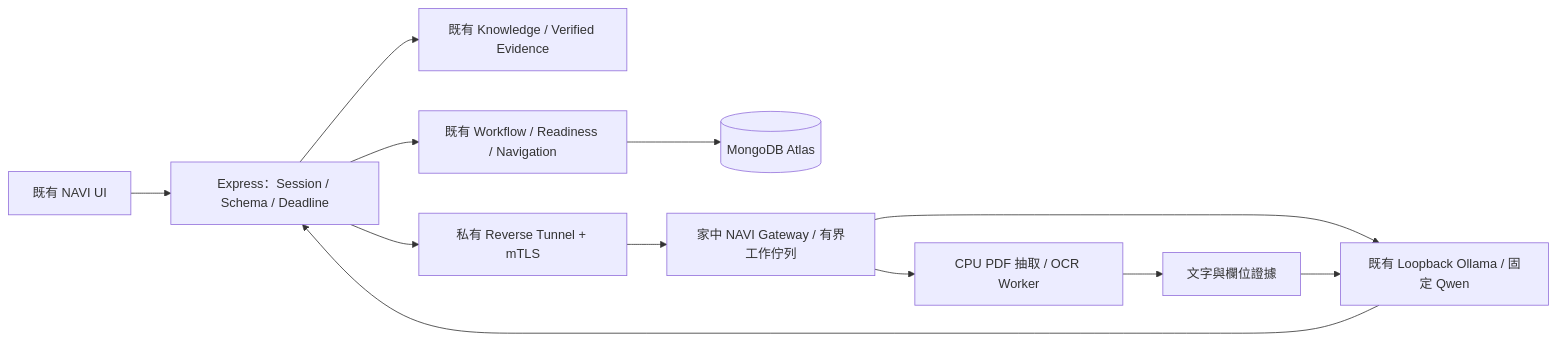
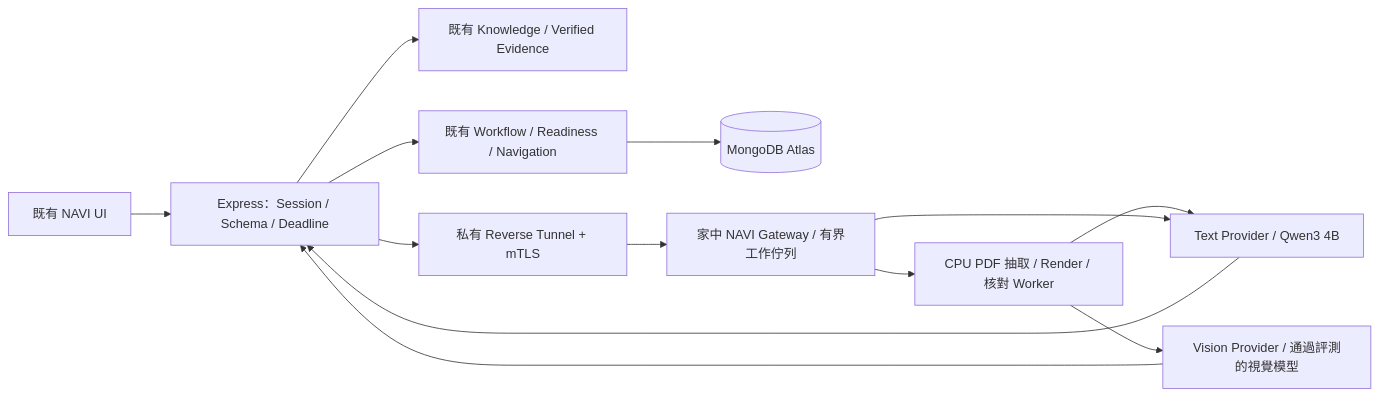
Before and after one commit to NAVI-Hackathon/NAVI: the diagram in docs/ollama-migration-design.md, drawn with Mermaid. The commit also changed other lines of this file and 3 other files, not shown here.

````diff
--- a/docs/ollama-migration-design.md
+++ b/docs/ollama-migration-design.md
@@ -65,14 +67,15 @@
 ```mermaid
 flowchart LR
   UI[既有 NAVI UI] --> API[Express：Session / Schema / Deadline]
   API --> KB[既有 Knowledge / Verified Evidence]
   API --> WF[既有 Workflow / Readiness / Navigation]
   WF --> DB[(MongoDB Atlas)]
   API --> T[私有 Reverse Tunnel + mTLS]
   T --> G[家中 NAVI Gateway / 有界工作佇列]
-  G --> OCR[CPU PDF 抽取 / OCR Worker]
-  OCR --> L[文字與欄位證據]
-  G --> O[既有 Loopback Ollama / 固定 Qwen]
-  L --> O
-  O --> API
+  G --> P[CPU PDF 抽取 / Render / 核對 Worker]
+  P --> L[Text Provider / Qwen3 4B]
+  P --> V[Vision Provider / 通過評測的視覺模型]
+  G --> L
+  L --> API
+  V --> API
 ```
````
